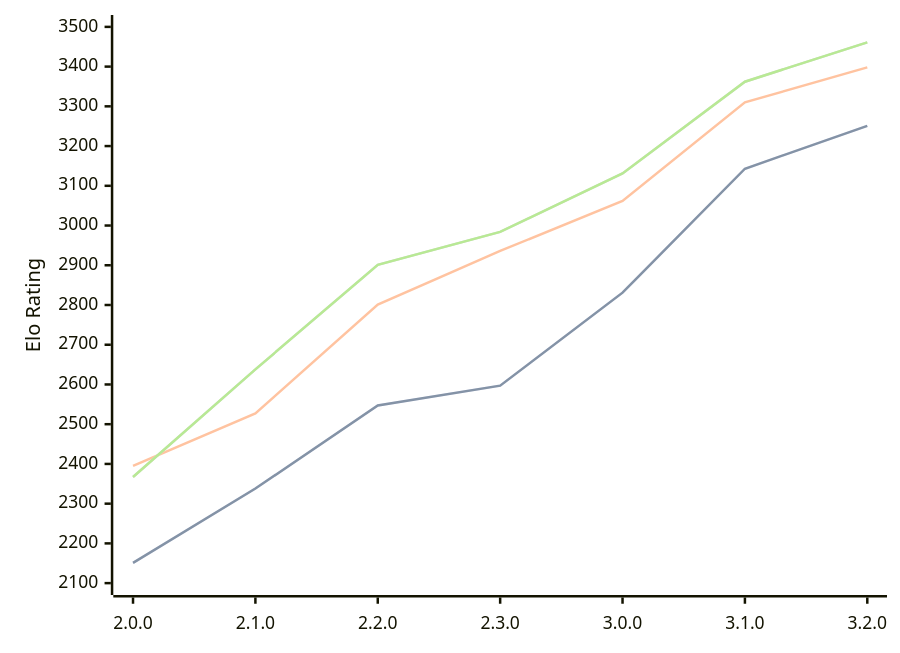
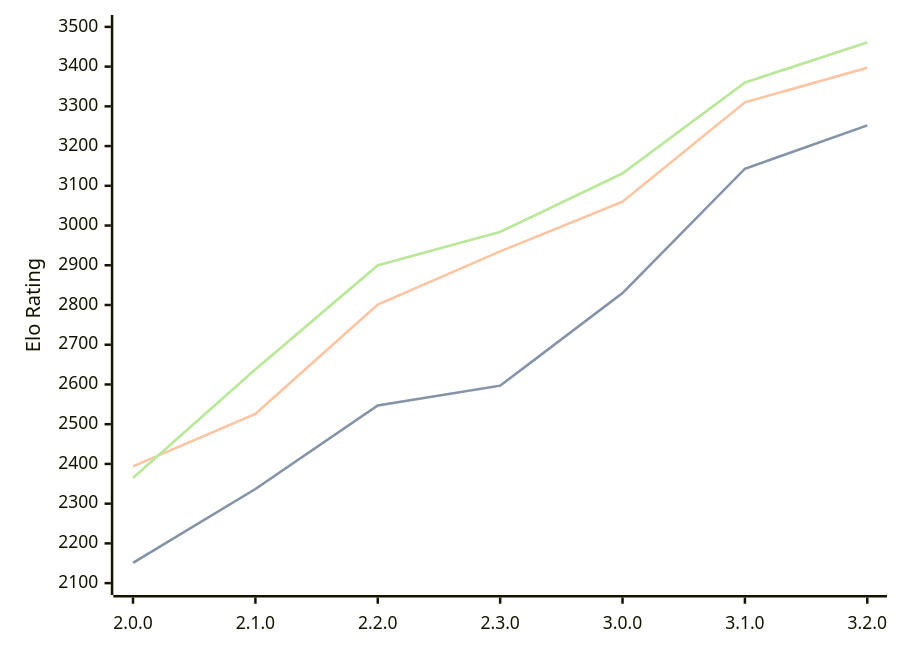
The diagram in engines/Raphael.md (computer-chess-index/cci), drawn with Mermaid before and after one commit. The commit also changed other lines of this file, not shown here.

Commit message:
Update CCI Ratings (ELO VLTC) - 2026-03-23

````diff
--- a/engines/Raphael.md
+++ b/engines/Raphael.md
@@ -49,11 +49,11 @@
 ```mermaid
 %%{init: {"theme":"base","themeVariables":{"seriesColors:['#a3a3a3','#222221','#faa371']}}}%%
 xychart-beta
   x-axis ["2.0.0", "2.1.0", "2.2.0", "2.3.0", "3.0.0", "3.1.0", "3.2.0"]
   y-axis "Elo Rating" 2100 --> 3500
-  line "STC (8.0+0.08s)" [2151, 2338, 2547, 2597, 2831, 3143, 3251]
-  line "STC (8.0+0.08s)" [2151, 2338, 2547, 2597, 2831, 3143, 3251]
-  line "LTC (60.0+0.60s)" [2395, 2527, 2801, 2936, 3062, 3310, 3398]
-  line "VLTC (2m24s+1.12s)" [2367, 2638, 2901, 2984, 3131, 3362, 3461]
-  line "VLTC (2m24s+1.12s)" [2367, 2638, 2901, 2984, 3131, 3362, 3461]
+  line "STC (8.0+0.08s)" [2151, 2337, 2547, 2597, 2830, 3143, 3252]
+  line "STC (8.0+0.08s)" [2151, 2337, 2547, 2597, 2830, 3143, 3252]
+  line "LTC (60.0+0.60s)" [2394, 2526, 2801, 2935, 3060, 3310, 3397]
+  line "VLTC (2m24s+1.12s)" [2365, 2638, 2900, 2984, 3131, 3360, 3461]
+  line "VLTC (2m24s+1.12s)" [2365, 2638, 2900, 2984, 3131, 3360, 3461]
 ```
````
